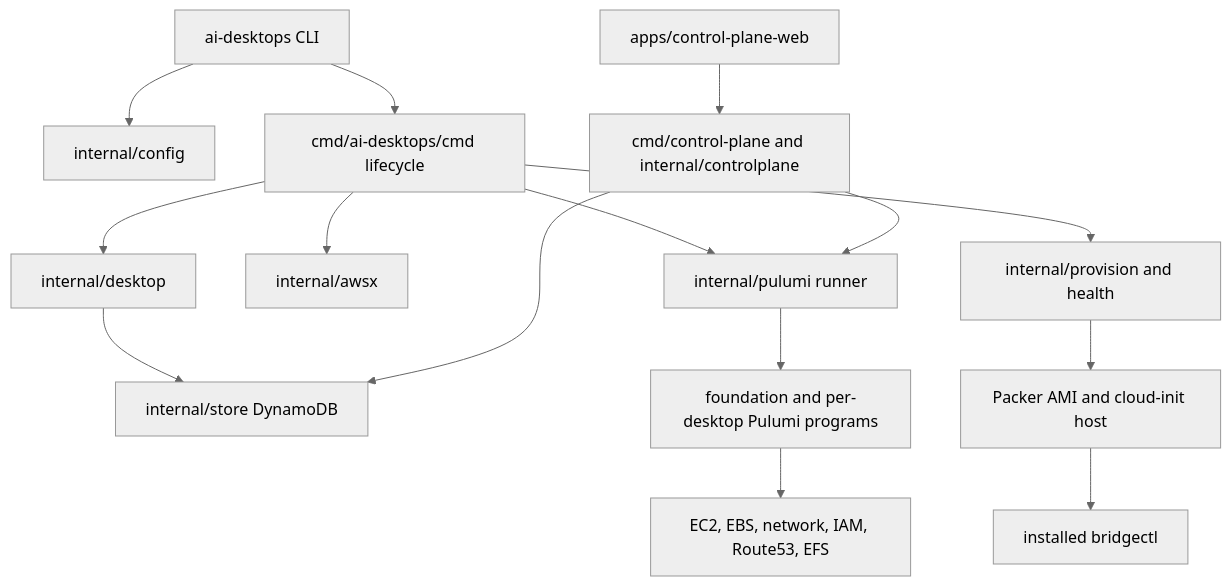
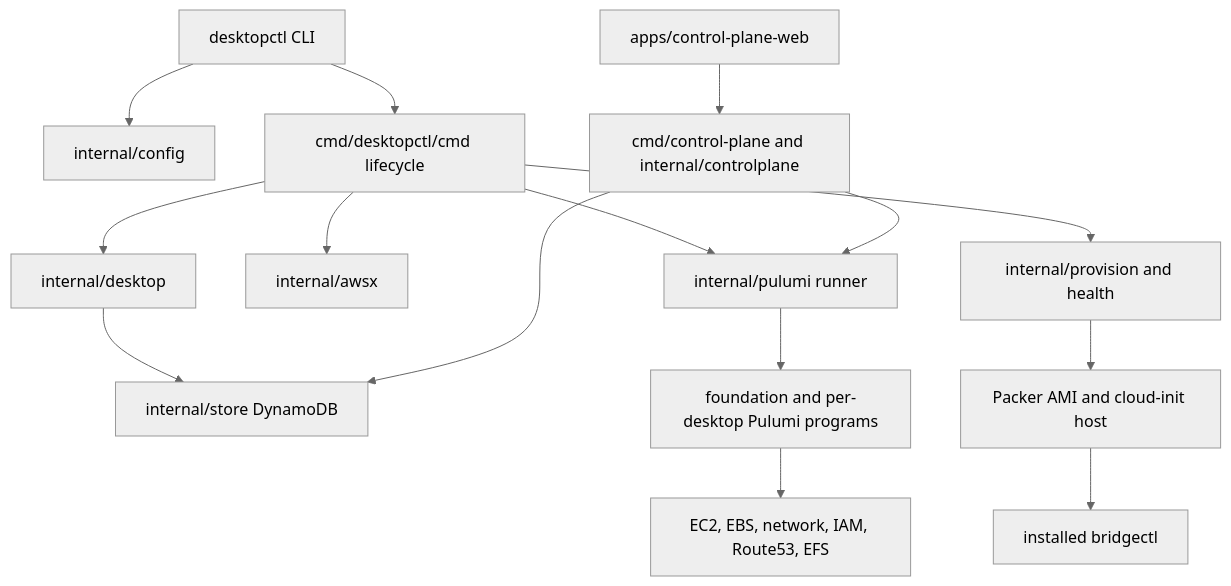
One commit to orchael/desktopctl changed the first of 3 diagrams in docs/ARCHITECTURE.md. Above: the diagram before and after it, drawn with Mermaid (neutral theme). The commit also changed other lines of this file and 80 other files, not shown here.

Commit message:
Rename CLI to desktopctl and publish Homebrew formula

````diff
--- a/docs/ARCHITECTURE.md
+++ b/docs/ARCHITECTURE.md
@@ -7,17 +7,17 @@
 ```mermaid
 flowchart TD
-  CLI[ai-desktops CLI] --> Config[internal/config]
-  CLI --> Lifecycle[cmd/ai-desktops/cmd lifecycle]
+  CLI[desktopctl CLI] --> Config[internal/config]
+  CLI --> Lifecycle[cmd/desktopctl/cmd lifecycle]
   Lifecycle --> Desktop[internal/desktop]
   Lifecycle --> AWS[internal/awsx]
   Lifecycle --> Pulumi[internal/pulumi runner]
   Lifecycle --> Provision[internal/provision and health]
   Desktop --> Store[internal/store DynamoDB]
   Pulumi --> Programs[foundation and per-desktop Pulumi programs]
   Programs --> CustomerAWS[EC2, EBS, network, IAM, Route53, EFS]
   Provision --> Host[Packer AMI and cloud-init host]
   Host --> Bridge[installed bridgectl]
   LegacyWeb[apps/control-plane-web] --> LegacyAPI[cmd/control-plane and internal/controlplane]
   LegacyAPI --> Store
   LegacyAPI --> Pulumi
 ```
````
